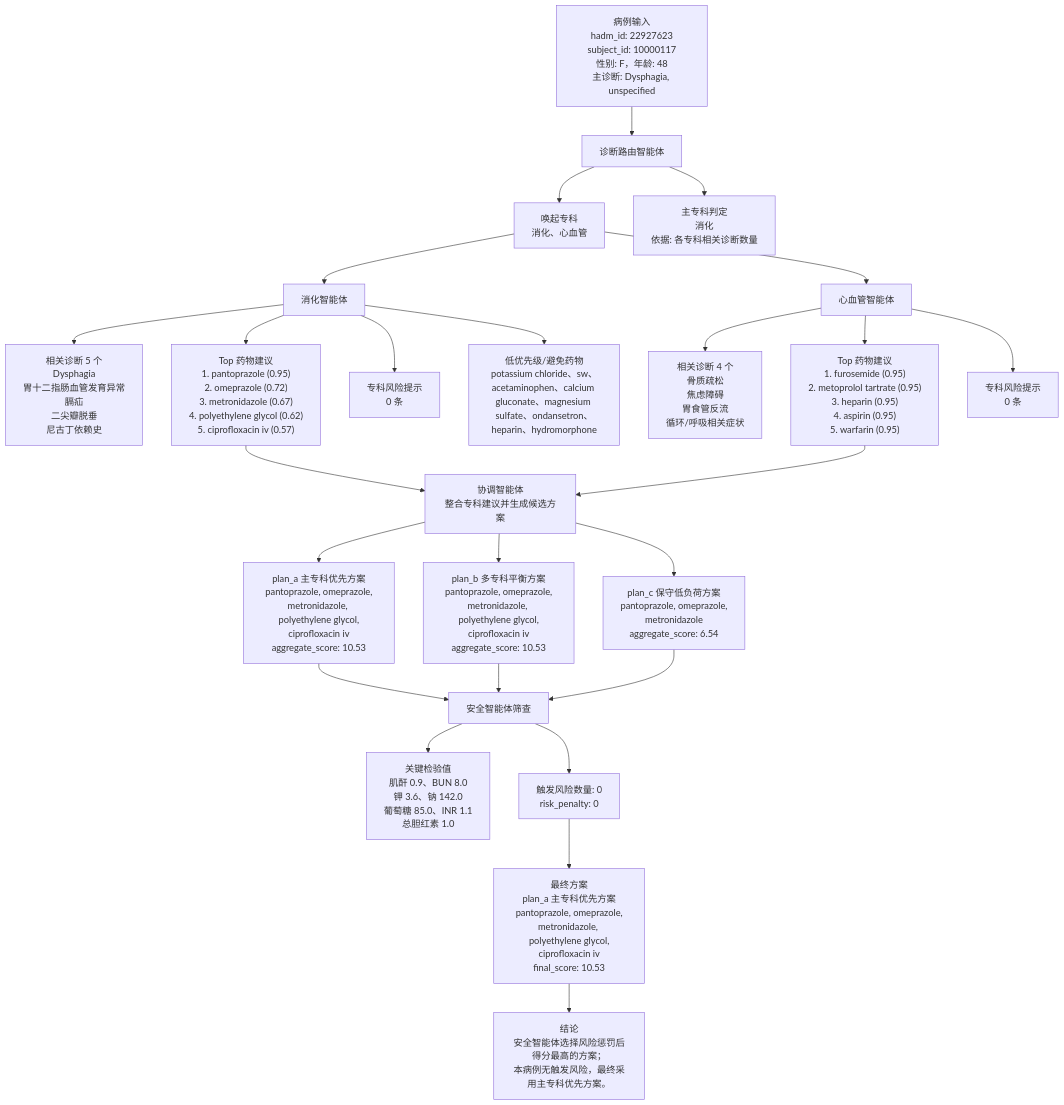
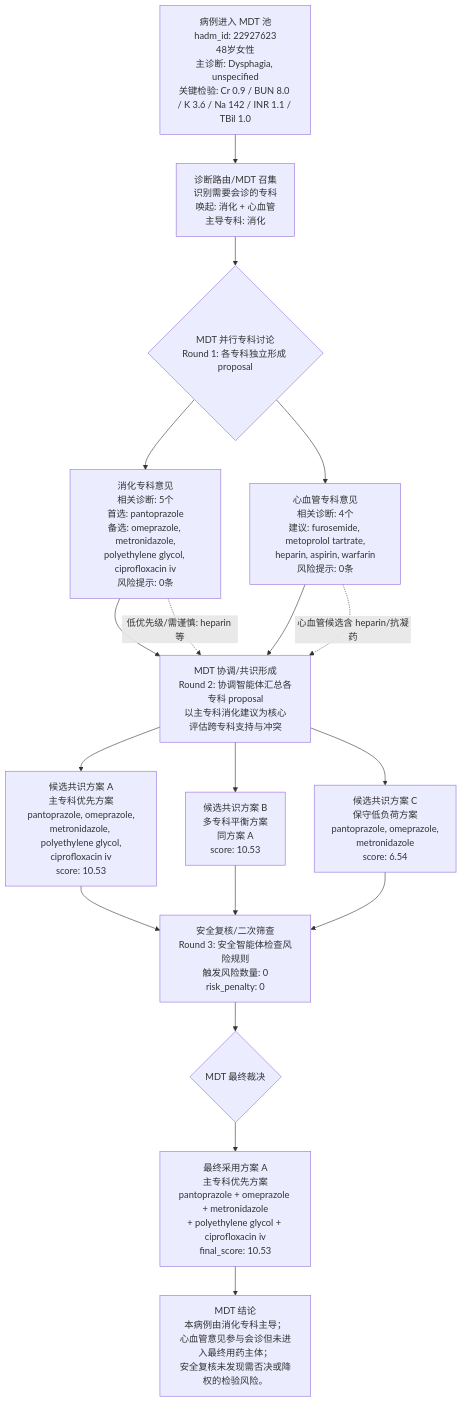
One commit to wangjiaming666-ship-it/- changed the diagram in experiments/outputs/cloud_mdt_case_0_flowchart.md. Above: the diagram before and after it, drawn with Mermaid. The commit also changed other lines of this file and 1 other file, not shown here.

Commit message:
Revise case 0 flowchart as MDT pathway

````diff
--- a/experiments/outputs/cloud_mdt_case_0_flowchart.md
+++ b/experiments/outputs/cloud_mdt_case_0_flowchart.md
@@ -7,37 +9,31 @@
 ```mermaid
 flowchart TD
-    A["病例输入<br/>hadm_id: 22927623<br/>subject_id: 10000117<br/>性别: F，年龄: 48<br/>主诊断: Dysphagia, unspecified"] --> B["诊断路由智能体"]
+    A["病例进入 MDT 池<br/>hadm_id: 22927623<br/>48岁女性<br/>主诊断: Dysphagia, unspecified<br/>关键检验: Cr 0.9 / BUN 8.0 / K 3.6 / Na 142 / INR 1.1 / TBil 1.0"]
 
-    B --> C["唤起专科<br/>消化、心血管"]
-    B --> D["主专科判定<br/>消化<br/>依据: 各专科相关诊断数量"]
+    A --> B["诊断路由/MDT 召集<br/>识别需要会诊的专科<br/>唤起: 消化 + 心血管<br/>主导专科: 消化"]
 
-    C --> E["消化智能体"]
-    C --> F["心血管智能体"]
+    B --> C{"MDT 并行专科讨论<br/>Round 1: 各专科独立形成 proposal"}
 
-    E --> E1["相关诊断 5 个<br/>Dysphagia<br/>胃十二指肠血管发育异常<br/>膈疝<br/>二尖瓣脱垂<br/>尼古丁依赖史"]
-    E --> E2["Top 药物建议<br/>1. pantoprazole (0.95)<br/>2. omeprazole (0.72)<br/>3. metronidazole (0.67)<br/>4. polyethylene glycol (0.62)<br/>5. ciprofloxacin iv (0.57)"]
-    E --> E3["专科风险提示<br/>0 条"]
-    E --> E4["低优先级/避免药物<br/>potassium chloride、sw、acetaminophen、calcium gluconate、magnesium sulfate、ondansetron、heparin、hydromorphone"]
+    C --> D["消化专科意见<br/>相关诊断: 5个<br/>首选: pantoprazole<br/>备选: omeprazole, metronidazole,<br/>polyethylene glycol, ciprofloxacin iv<br/>风险提示: 0条"]
 
-    F --> F1["相关诊断 4 个<br/>骨质疏松<br/>焦虑障碍<br/>胃食管反流<br/>循环/呼吸相关症状"]
-    F --> F2["Top 药物建议<br/>1. furosemide (0.95)<br/>2. metoprolol tartrate (0.95)<br/>3. heparin (0.95)<br/>4. aspirin (0.95)<br/>5. warfarin (0.95)"]
-    F --> F3["专科风险提示<br/>0 条"]
+    C --> E["心血管专科意见<br/>相关诊断: 4个<br/>建议: furosemide, metoprolol tartrate,<br/>heparin, aspirin, warfarin<br/>风险提示: 0条"]
 
-    E2 --> G["协调智能体<br/>整合专科建议并生成候选方案"]
-    F2 --> G
+    D --> F["MDT 协调/共识形成<br/>Round 2: 协调智能体汇总各专科 proposal<br/>以主专科消化建议为核心<br/>评估跨专科支持与冲突"]
+    E --> F
 
-    G --> H1["plan_a 主专科优先方案<br/>pantoprazole, omeprazole,<br/>metronidazole, polyethylene glycol,<br/>ciprofloxacin iv<br/>aggregate_score: 10.53"]
-    G --> H2["plan_b 多专科平衡方案<br/>pantoprazole, omeprazole,<br/>metronidazole, polyethylene glycol,<br/>ciprofloxacin iv<br/>aggregate_score: 10.53"]
-    G --> H3["plan_c 保守低负荷方案<br/>pantoprazole, omeprazole,<br/>metronidazole<br/>aggregate_score: 6.54"]
+    D -. "低优先级/需谨慎: heparin 等" .-> F
+    E -. "心血管候选含 heparin/抗凝药" .-> F
 
-    H1 --> I["安全智能体筛查"]
-    H2 --> I
-    H3 --> I
+    F --> G1["候选共识方案 A<br/>主专科优先方案<br/>pantoprazole, omeprazole,<br/>metronidazole, polyethylene glycol,<br/>ciprofloxacin iv<br/>score: 10.53"]
+    F --> G2["候选共识方案 B<br/>多专科平衡方案<br/>同方案 A<br/>score: 10.53"]
+    F --> G3["候选共识方案 C<br/>保守低负荷方案<br/>pantoprazole, omeprazole,<br/>metronidazole<br/>score: 6.54"]
 
-    I --> J["关键检验值<br/>肌酐 0.9、BUN 8.0<br/>钾 3.6、钠 142.0<br/>葡萄糖 85.0、INR 1.1<br/>总胆红素 1.0"]
-    I --> K["触发风险数量: 0<br/>risk_penalty: 0"]
+    G1 --> H["安全复核/二次筛查<br/>Round 3: 安全智能体检查风险规则<br/>触发风险数量: 0<br/>risk_penalty: 0"]
+    G2 --> H
+    G3 --> H
 
-    K --> L["最终方案<br/>plan_a 主专科优先方案<br/>pantoprazole, omeprazole,<br/>metronidazole, polyethylene glycol,<br/>ciprofloxacin iv<br/>final_score: 10.53"]
+    H --> I{"MDT 最终裁决"}
+    I --> J["最终采用方案 A<br/>主专科优先方案<br/>pantoprazole + omeprazole + metronidazole<br/>+ polyethylene glycol + ciprofloxacin iv<br/>final_score: 10.53"]
 
-    L --> M["结论<br/>安全智能体选择风险惩罚后得分最高的方案；<br/>本病例无触发风险，最终采用主专科优先方案。"]
+    J --> K["MDT 结论<br/>本病例由消化专科主导；<br/>心血管意见参与会诊但未进入最终用药主体；<br/>安全复核未发现需否决或降权的检验风险。"]
 ```
````
